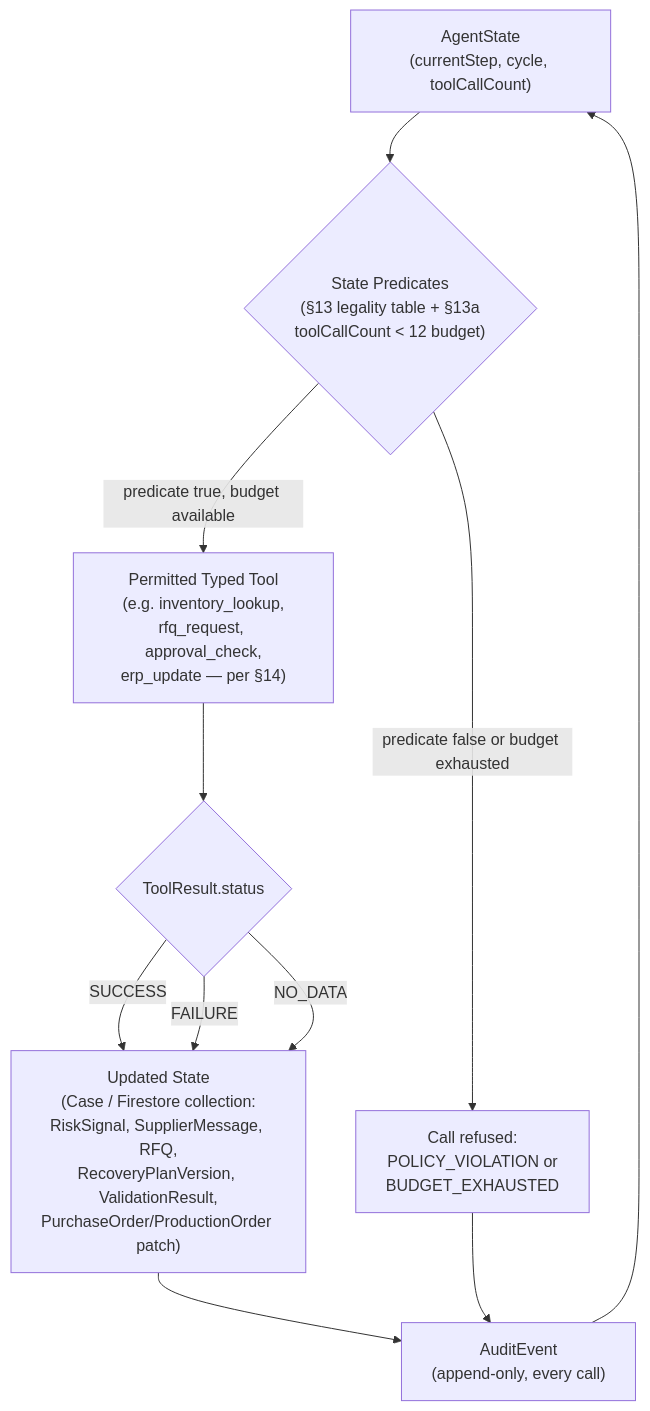
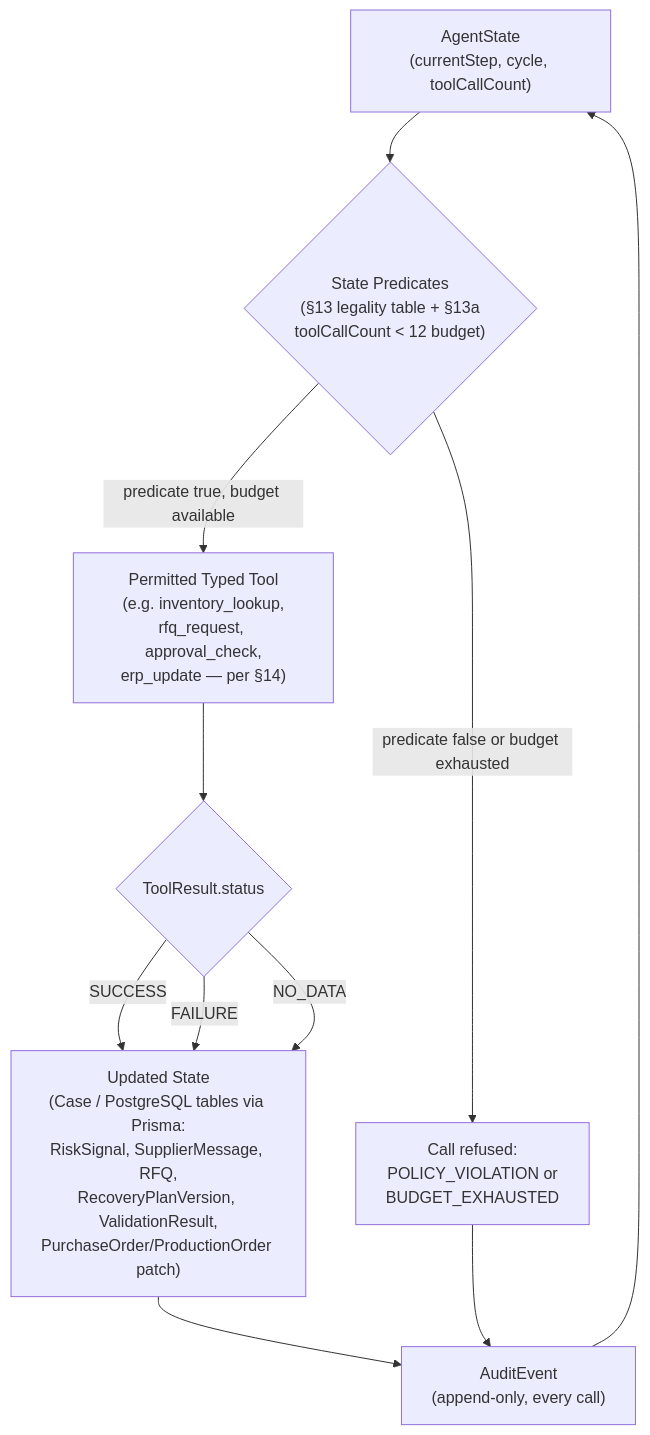
One commit to VishalGhuge111/nexus-hackathon-2026 changed the fourth of 5 diagrams in PRD.md. Above: the diagram before and after it, drawn with Mermaid. The commit also changed other lines of this file and 28 other files, not shown here.

Commit message:
chore: migrate scaffold to locked-1.2 architecture

````diff
--- a/PRD.md
+++ b/PRD.md
@@ -626,20 +626,20 @@
 ```mermaid
 flowchart TD
     AS["AgentState<br/>(currentStep, cycle, toolCallCount)"]
     Pred{"State Predicates<br/>(§13 legality table + §13a<br/>toolCallCount < 12 budget)"}
     Tools["Permitted Typed Tool<br/>(e.g. inventory_lookup,<br/>rfq_request, approval_check,<br/>erp_update — per §14)"]
     Result{"ToolResult.status"}
-    Update["Updated State<br/>(Case / Firestore collection:<br/>RiskSignal, SupplierMessage, RFQ,<br/>RecoveryPlanVersion, ValidationResult,<br/>PurchaseOrder/ProductionOrder patch)"]
+    Update["Updated State<br/>(Case / PostgreSQL tables via Prisma:<br/>RiskSignal, SupplierMessage, RFQ,<br/>RecoveryPlanVersion, ValidationResult,<br/>PurchaseOrder/ProductionOrder patch)"]
     Audit["AuditEvent<br/>(append-only, every call)"]
 
     AS --> Pred
     Pred -->|predicate true, budget available| Tools
     Pred -->|predicate false or budget exhausted| Blocked["Call refused:<br/>POLICY_VIOLATION or<br/>BUDGET_EXHAUSTED"]
     Tools --> Result
     Result -->|SUCCESS| Update
     Result -->|FAILURE| Update
     Result -->|NO_DATA| Update
     Update --> Audit
     Blocked --> Audit
     Audit --> AS
 ```
````
